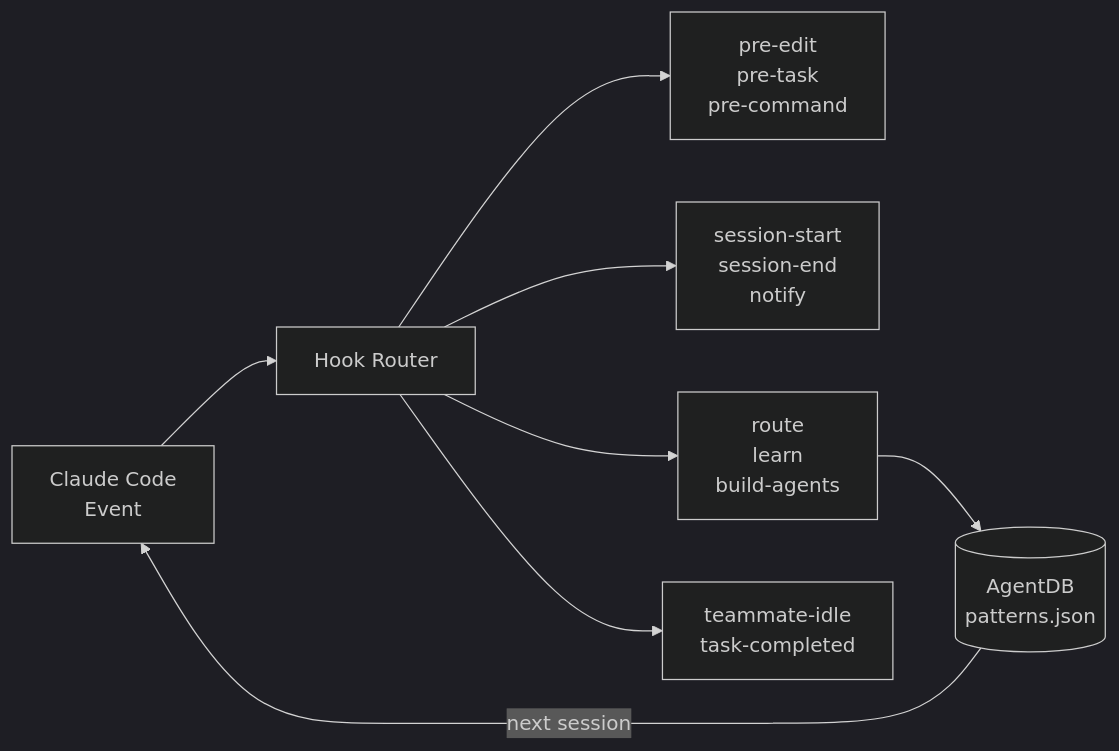
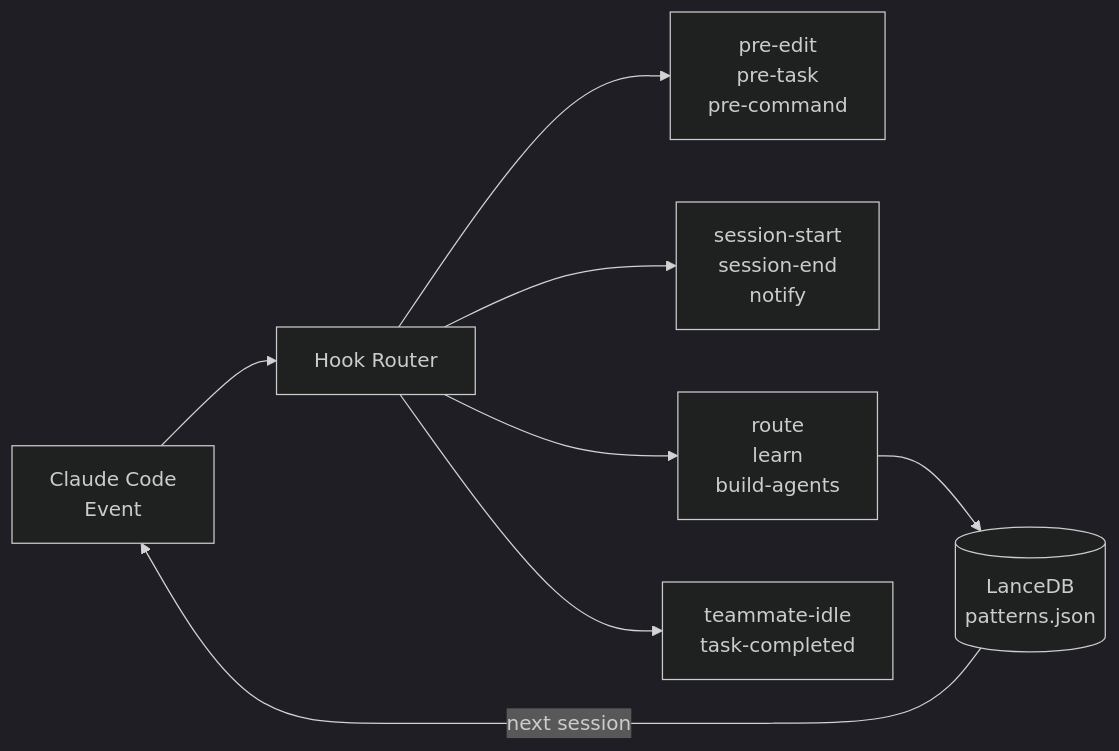
The fifth of 6 diagrams in README.md (monoes/monomind), drawn with Mermaid (dark theme) before and after one commit. The commit also changed other lines of this file and 891 other files, not shown here.

````diff
--- a/README.md
+++ b/README.md
@@ -270,11 +270,11 @@
 ```mermaid
 flowchart LR
     CE["Claude Code\nEvent"] --> H["Hook Router"]
     H --> P["pre-edit\npre-task\npre-command"]
     H --> SS["session-start\nsession-end\nnotify"]
     H --> I["route\nlearn\nbuild-agents"]
     H --> T["teammate-idle\ntask-completed"]
 
-    I --> DB[("AgentDB\npatterns.json")]
+    I --> DB[("LanceDB\npatterns.json")]
     DB -->|next session| CE
 ```
````
